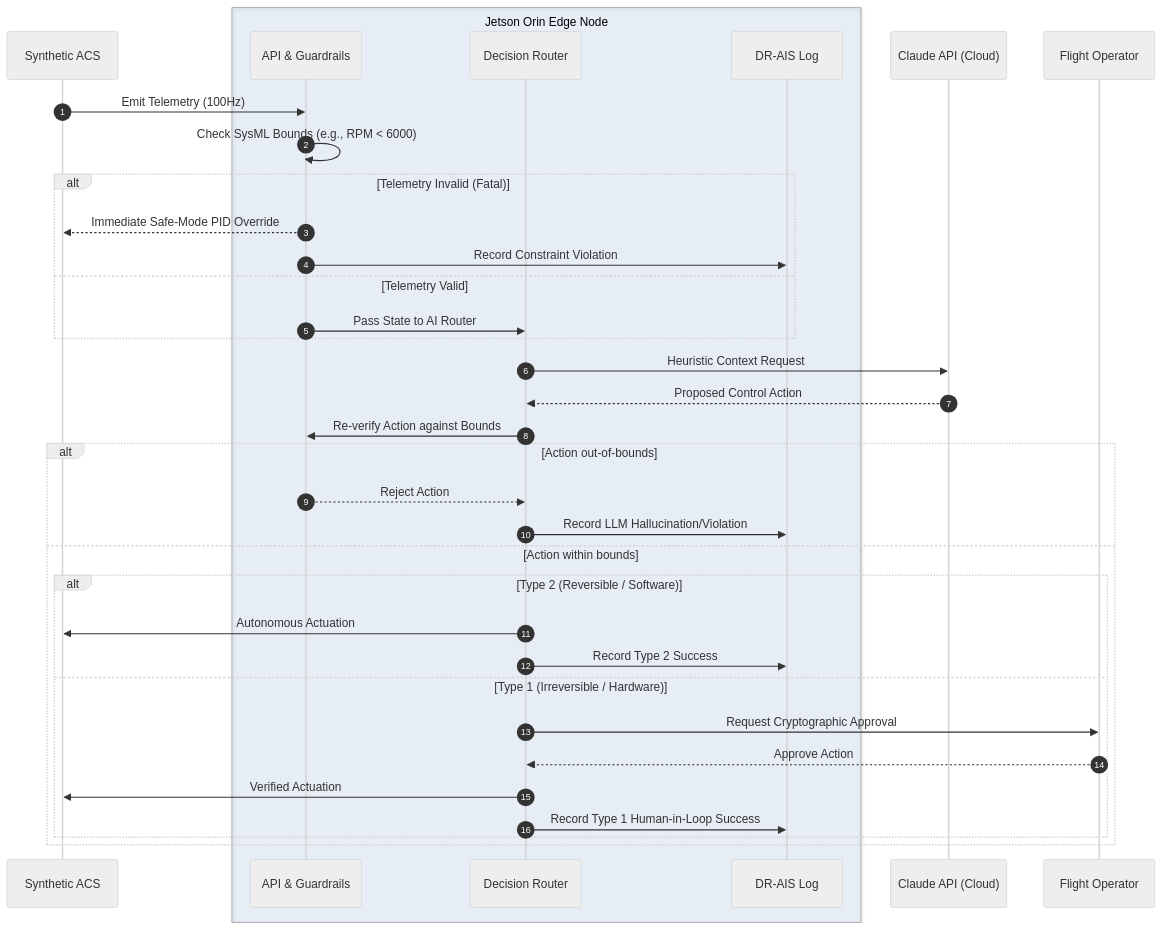
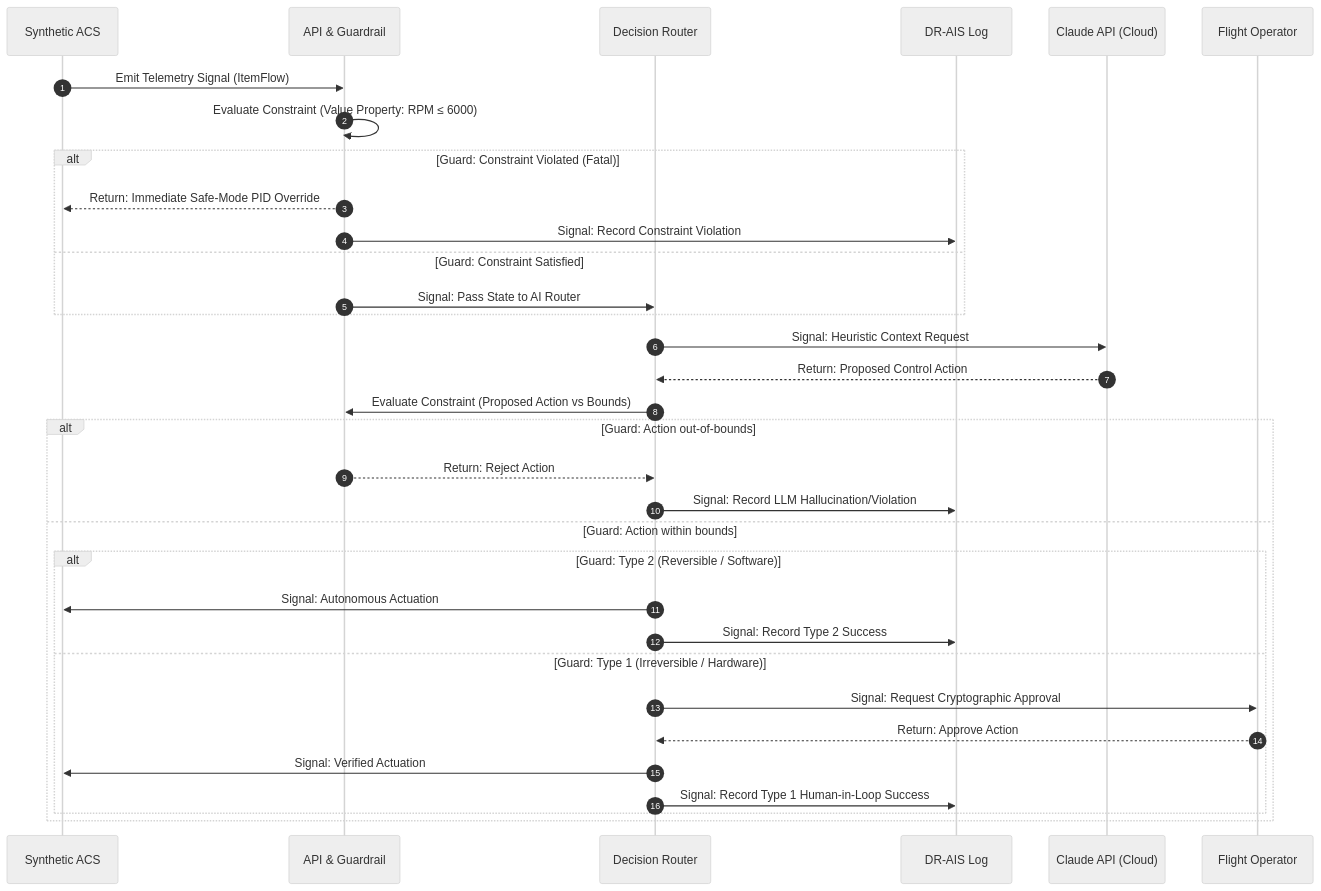
The third of 4 diagrams in ARCHITECTURE.md (camirian/safe-acs), drawn with Mermaid (neutral theme) before and after one commit. The commit also changed other lines of this file, not shown here.

Commit message:
docs: strictly align sequence diagram wth SysML v2 semantics and UML rigor

````diff
--- a/ARCHITECTURE.md
+++ b/ARCHITECTURE.md
@@ -87,43 +87,41 @@
 ```mermaid
 sequenceDiagram
     autonumber
     
     participant Sim as Synthetic ACS
-    box rgba(67, 141, 213, 0.1) Jetson Orin Edge Node
-    participant Edge as API & Guardrails
+    participant Edge as API & Guardrail
     participant Router as Decision Router
     participant Log as DR-AIS Log
-    end
     participant Claude as Claude API (Cloud)
     participant Human as Flight Operator
     
-    Sim->>Edge: Emit Telemetry (100Hz)
-    Edge->>Edge: Check SysML Bounds (e.g., RPM < 6000)
+    Sim->>Edge: Emit Telemetry Signal (ItemFlow)
+    Edge->>Edge: Evaluate Constraint (Value Property: RPM ≤ 6000)
     
-    alt Telemetry Invalid (Fatal)
-        Edge-->>Sim: Immediate Safe-Mode PID Override
-        Edge->>Log: Record Constraint Violation
-    else Telemetry Valid
-        Edge->>Router: Pass State to AI Router
+    alt Guard: Constraint Violated (Fatal)
+        Edge-->>Sim: Return: Immediate Safe-Mode PID Override
+        Edge->>Log: Signal: Record Constraint Violation
+    else Guard: Constraint Satisfied
+        Edge->>Router: Signal: Pass State to AI Router
     end
     
-    Router->>Claude: Heuristic Context Request
-    Claude-->>Router: Proposed Control Action
+    Router->>Claude: Signal: Heuristic Context Request
+    Claude-->>Router: Return: Proposed Control Action
     
-    Router->>Edge: Re-verify Action against Bounds
+    Router->>Edge: Evaluate Constraint (Proposed Action vs Bounds)
     
-    alt Action out-of-bounds
-        Edge-->>Router: Reject Action
-        Router->>Log: Record LLM Hallucination/Violation
-    else Action within bounds
-        alt Type 2 (Reversible / Software)
-            Router->>Sim: Autonomous Actuation
-            Router->>Log: Record Type 2 Success
-        else Type 1 (Irreversible / Hardware)
-            Router->>Human: Request Cryptographic Approval
-            Human-->>Router: Approve Action
-            Router->>Sim: Verified Actuation
-            Router->>Log: Record Type 1 Human-in-Loop Success
+    alt Guard: Action out-of-bounds
+        Edge-->>Router: Return: Reject Action
+        Router->>Log: Signal: Record LLM Hallucination/Violation
+    else Guard: Action within bounds
+        alt Guard: Type 2 (Reversible / Software)
+            Router->>Sim: Signal: Autonomous Actuation
+            Router->>Log: Signal: Record Type 2 Success
+        else Guard: Type 1 (Irreversible / Hardware)
+            Router->>Human: Signal: Request Cryptographic Approval
+            Human-->>Router: Return: Approve Action
+            Router->>Sim: Signal: Verified Actuation
+            Router->>Log: Signal: Record Type 1 Human-in-Loop Success
         end
     end
 ```
````
